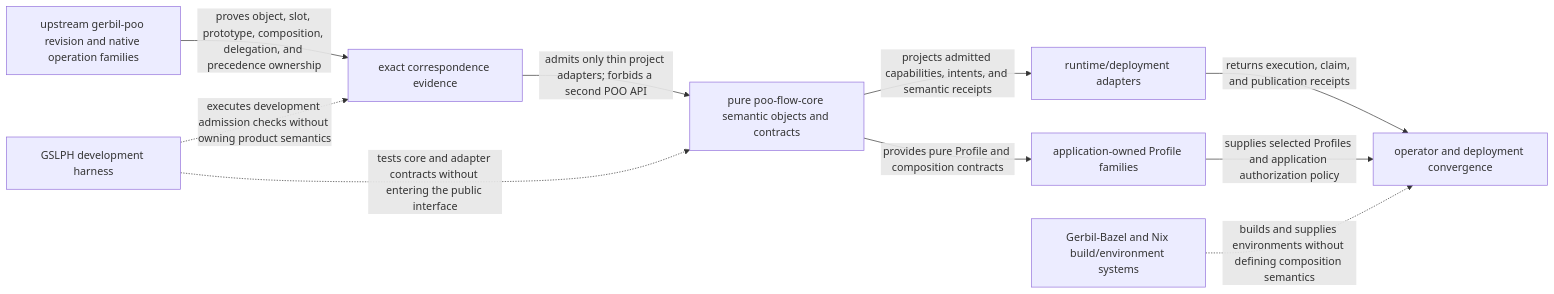
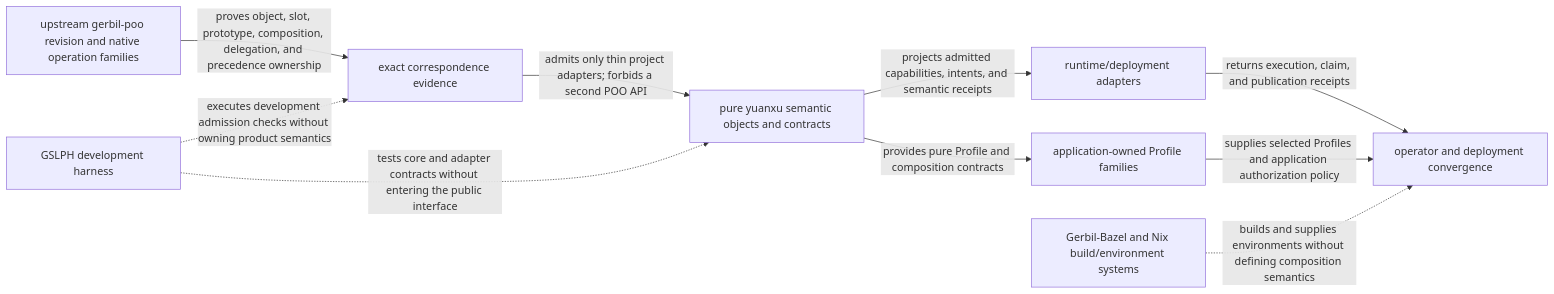
One commit to tao3k/gebril-yuanxu changed the diagram in module-system/design/45-119-poo-native-implementation-admission-topology-and-layer-convergence-contract.org. Above: the diagram before and after it, drawn with Mermaid. The commit also changed other lines of this file and 114 other files, not shown here.

```diff
--- a/module-system/design/45-119-poo-native-implementation-admission-topology-and-layer-convergence-contract.org
+++ b/module-system/design/45-119-poo-native-implementation-admission-topology-and-layer-convergence-contract.org
@@ -61,21 +61,21 @@
 #+begin_src mermaid
 flowchart LR
   U["upstream gerbil-poo revision and native operation families"]
   X["exact correspondence evidence"]
-  C["pure poo-flow-core semantic objects and contracts"]
+  C["pure yuanxu semantic objects and contracts"]
   R["runtime/deployment adapters"]
   A["application-owned Profile families"]
   O["operator and deployment convergence"]
   H["GSLPH development harness"]
   B["Gerbil-Bazel and Nix build/environment systems"]
 
   U -->|"proves object, slot, prototype, composition, delegation, and precedence ownership"| X
   X -->|"admits only thin project adapters; forbids a second POO API"| C
   C -->|"projects admitted capabilities, intents, and semantic receipts"| R
   C -->|"provides pure Profile and composition contracts"| A
   R -->|"returns execution, claim, and publication receipts"| O
   A -->|"supplies selected Profiles and application authorization policy"| O
   H -.->|"executes development admission checks without owning product semantics"| X
   H -.->|"tests core and adapter contracts without entering the public interface"| C
   B -.->|"builds and supplies environments without defining composition semantics"| O
 #+end_src
```
